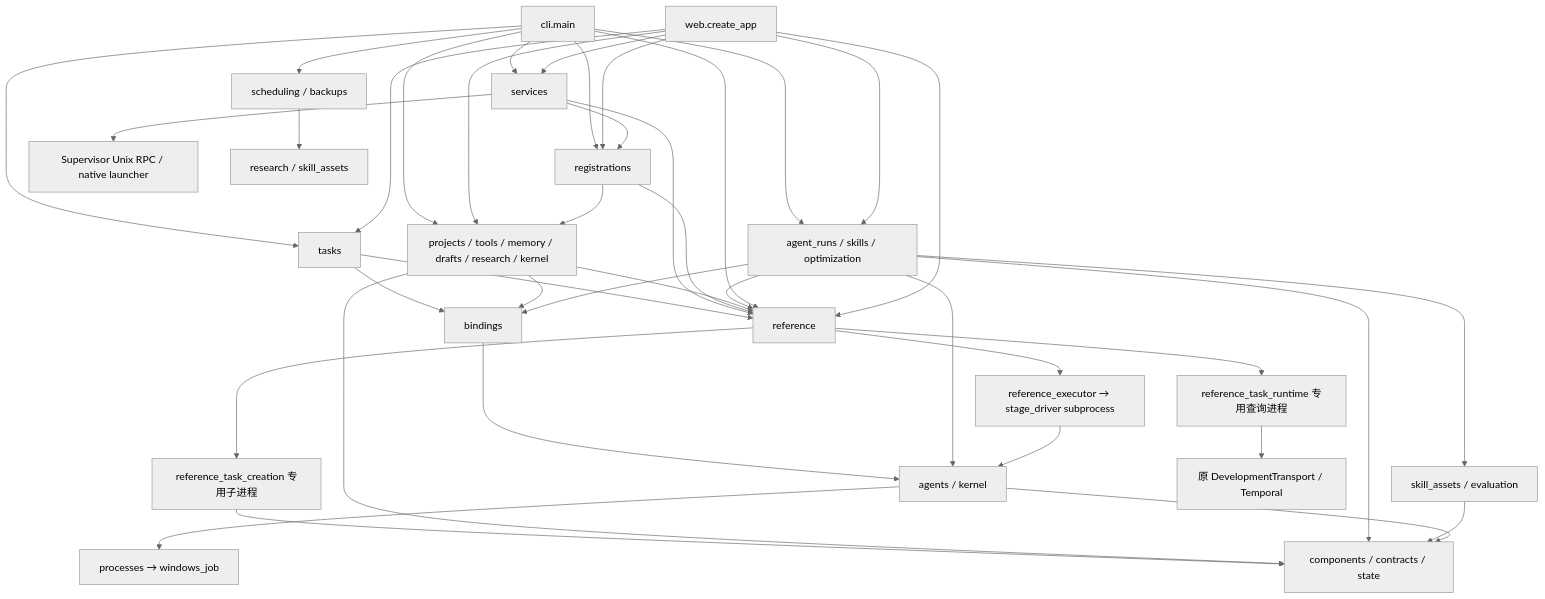
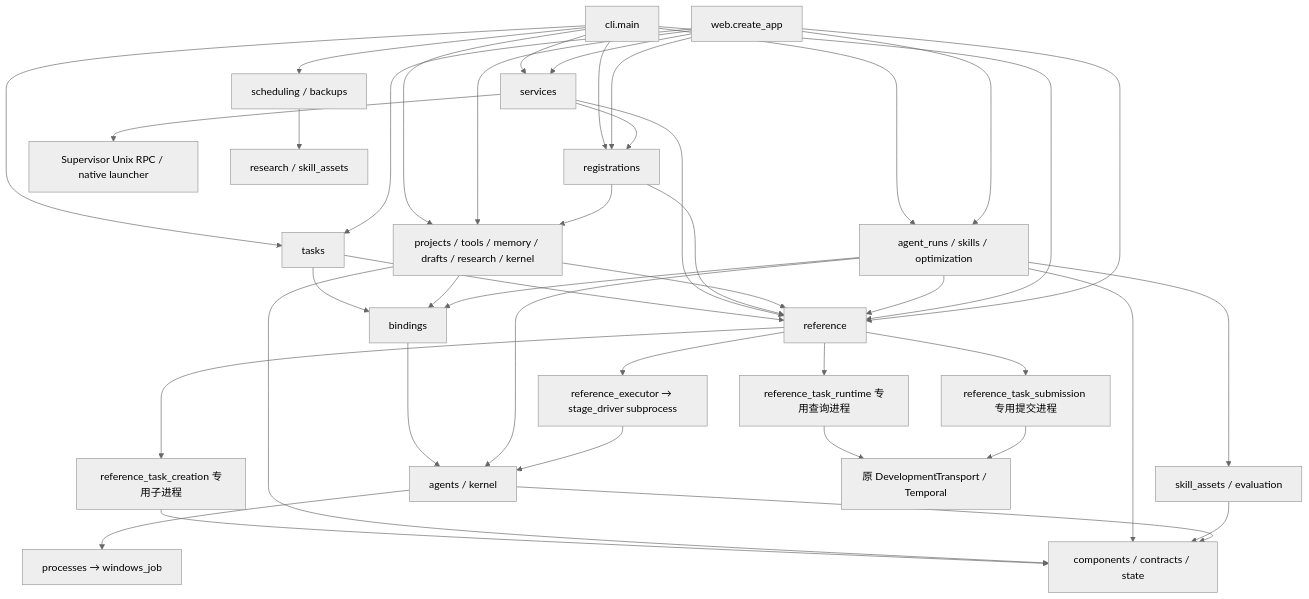
Before and after one commit to 626619403/Ergora: the first of 4 diagrams in docs/architecture/current.md, drawn with Mermaid (neutral theme). The commit also changed other lines of this file and 23 other files, not shown here.

````diff
--- a/docs/architecture/current.md
+++ b/docs/architecture/current.md
@@ -9,42 +9,44 @@
 ```mermaid
 flowchart TB
   CLI[cli.main] --> Query[projects / tools / memory / drafts / research / kernel]
   Web[web.create_app] --> Query
   CLI --> Registration[registrations]
   Web --> Registration
   Registration --> Query
   CLI --> Services[services]
   Web --> Services
   CLI --> Tasks[tasks]
   Web --> Tasks
   Tasks --> Bindings
   Tasks --> Ref
   Services --> Registration
   Services --> Ref
   Services --> Supervisor[Supervisor Unix RPC / native launcher]
   Registration --> Ref
   CLI --> Uses[agent_runs / skills / optimization]
   Web --> Uses
   Uses --> Assets[skill_assets / evaluation]
   Query --> Bindings[bindings]
   Uses --> Bindings
   Bindings --> Native[agents / kernel]
   Uses --> Native
   Native --> Processes[processes → windows_job]
   CLI --> Optional[scheduling / backups]
   Optional --> Research[research / skill_assets]
   Query --> Ref[reference]
   Uses --> Ref
   CLI --> Ref
   Web --> Ref
   Ref --> Creation[reference_task_creation 专用子进程]
   Creation --> Foundations
   Ref --> RuntimeQuery[reference_task_runtime 专用查询进程]
   RuntimeQuery --> Temporal[原 DevelopmentTransport / Temporal]
+  Ref --> Submission[reference_task_submission 专用提交进程]
+  Submission --> Temporal
   Ref --> Bridge[reference_executor → stage_driver subprocess]
   Bridge --> Native
   Query --> Foundations[components / contracts / state]
   Uses --> Foundations
   Assets --> Foundations
   Native --> Foundations
 ```
````
